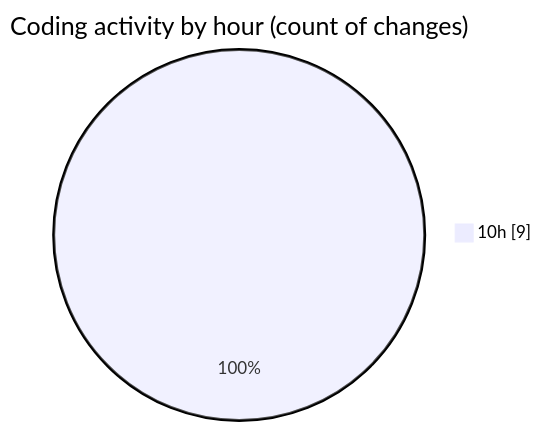
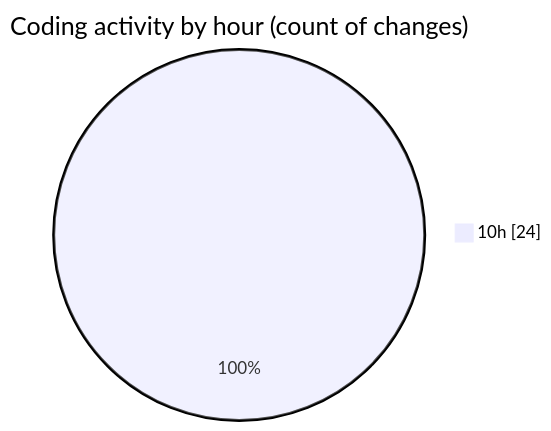
The second of 2 diagrams in 2025-08-28/cda/README.md (momahboobian/code-tracking), drawn with Mermaid before and after one commit. The commit also changed other lines of this file and 1 other file, not shown here.

````diff
--- a/2025-08-28/cda/README.md
+++ b/2025-08-28/cda/README.md
@@ -28,5 +30,5 @@
 ```mermaid
 pie showData
 title Coding activity by hour (count of changes)
-"10h" : 9
+"10h" : 24
 ```
````
